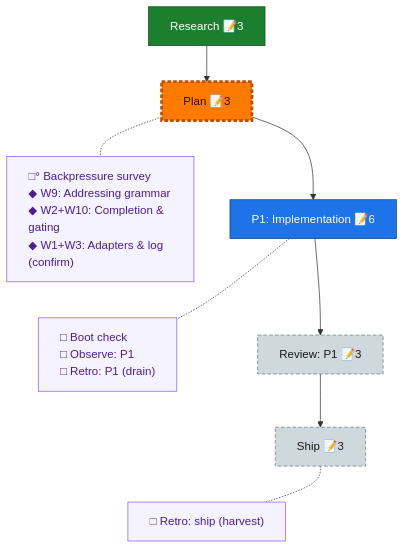
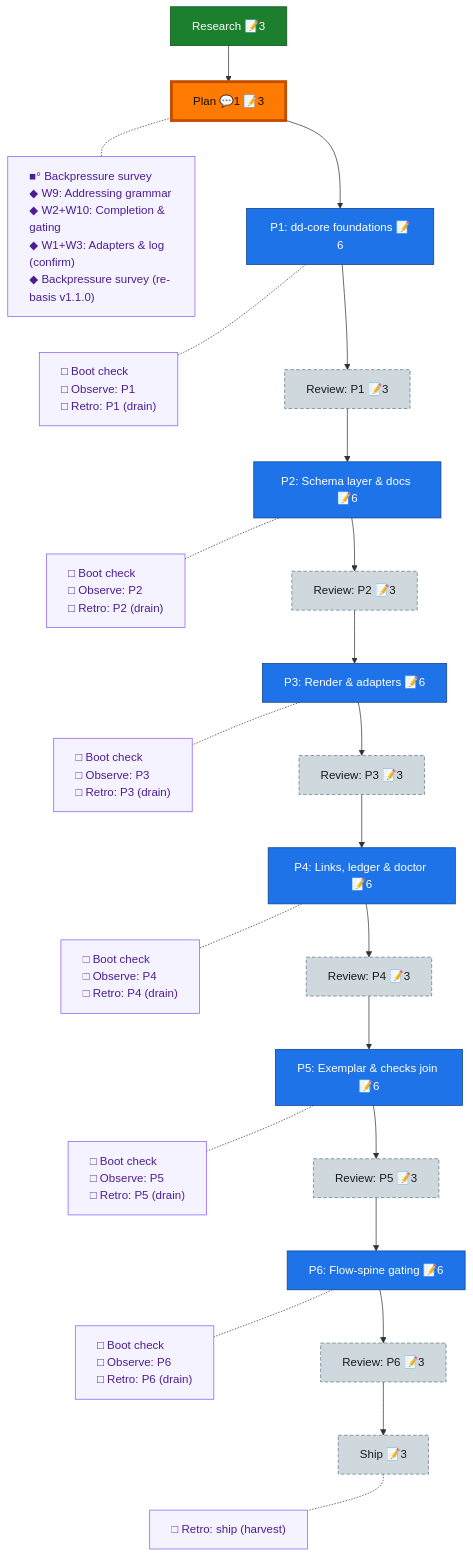
The diagram in docs/plans/065-deterministic-documents/the-flow.md (AI-Substrate/harness-engineering), drawn with Mermaid before and after one commit. The commit also changed other lines of this file and 4 other files, not shown here.

First line of the commit message:
docs(065): plan v1.1.0 READY — Opus validation folded, spine expanded to 6 phases

````diff
--- a/docs/plans/065-deterministic-documents/the-flow.md
+++ b/docs/plans/065-deterministic-documents/the-flow.md
@@ -8,29 +8,49 @@
 ```mermaid
 flowchart TD
     research["Research 📝3"]:::done
-    plan["Plan 📝3"]:::assumed
-    phase_1["P1: Implementation 📝6"]:::known
+    plan["Plan 💬1 📝3"]:::done
+    phase_1["P1: dd-core foundations 📝6"]:::known
     review_1["Review: P1 📝3"]:::assumed
+    phase_2["P2: Schema layer & docs 📝6"]:::known
+    review_2["Review: P2 📝3"]:::assumed
+    phase_3["P3: Render & adapters 📝6"]:::known
+    review_3["Review: P3 📝3"]:::assumed
+    phase_4["P4: Links, ledger & doctor 📝6"]:::known
+    review_4["Review: P4 📝3"]:::assumed
+    phase_5["P5: Exemplar & checks join 📝6"]:::known
+    review_5["Review: P5 📝3"]:::assumed
+    phase_6["P6: Flow-spine gating 📝6"]:::known
+    review_6["Review: P6 📝3"]:::assumed
     ship["Ship 📝3"]:::assumed
 
-    research --> plan --> phase_1 --> review_1 --> ship
+    research --> plan --> phase_1 --> review_1 --> phase_2 --> review_2 --> phase_3 --> review_3 --> phase_4 --> review_4 --> phase_5 --> review_5 --> phase_6 --> review_6 --> ship
 
-    planC["□° Backpressure survey<br/>◆ W9: Addressing grammar<br/>◆ W2+W10: Completion & gating<br/>◆ W1+W3: Adapters & log (confirm)"]:::chore
+    planC["■° Backpressure survey<br/>◆ W9: Addressing grammar<br/>◆ W2+W10: Completion & gating<br/>◆ W1+W3: Adapters & log (confirm)<br/>◆ Backpressure survey (re-basis v1.1.0)"]:::chore
     phase_1C["□ Boot check<br/>□ Observe: P1<br/>□ Retro: P1 (drain)"]:::chore
+    phase_2C["□ Boot check<br/>□ Observe: P2<br/>□ Retro: P2 (drain)"]:::chore
+    phase_3C["□ Boot check<br/>□ Observe: P3<br/>□ Retro: P3 (drain)"]:::chore
+    phase_4C["□ Boot check<br/>□ Observe: P4<br/>□ Retro: P4 (drain)"]:::chore
+    phase_5C["□ Boot check<br/>□ Observe: P5<br/>□ Retro: P5 (drain)"]:::chore
+    phase_6C["□ Boot check<br/>□ Observe: P6<br/>□ Retro: P6 (drain)"]:::chore
     shipC["□ Retro: ship (harvest)"]:::chore
 
     %% invisible chain holds the gutter boxes in their own column
-    planC ~~~ phase_1C ~~~ shipC
+    planC ~~~ phase_1C ~~~ phase_2C ~~~ phase_3C ~~~ phase_4C ~~~ phase_5C ~~~ phase_6C ~~~ shipC
 
     %% dotted links pull each gutter box beside its node
     plan -.- planC
     phase_1 -.- phase_1C
+    phase_2 -.- phase_2C
+    phase_3 -.- phase_3C
+    phase_4 -.- phase_4C
+    phase_5 -.- phase_5C
+    phase_6 -.- phase_6C
     ship -.- shipC
 
     classDef done fill:#1B7F2E,stroke:#0F4F1B,color:#fff;
     classDef known fill:#1E73E8,stroke:#0D3F86,color:#fff;
     classDef assumed fill:#CFD8DC,stroke:#607D8B,color:#1a1a1a,stroke-dasharray:5 3;
     classDef chore fill:#f5f3ff,stroke:#8b5cf6,color:#4c1d95,text-align:left;
     classDef current fill:#FF7A00,stroke:#C24E00,color:#1a0e00,stroke-width:4px;
     class plan current;
 ```
````
